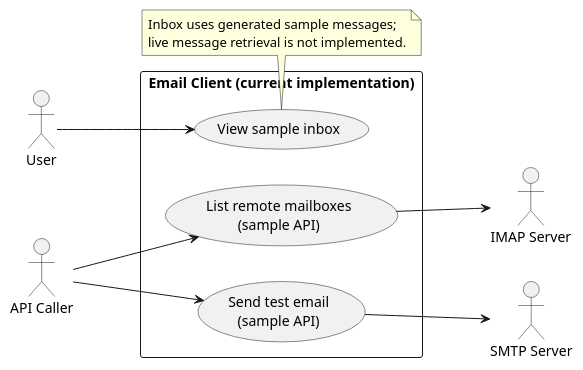
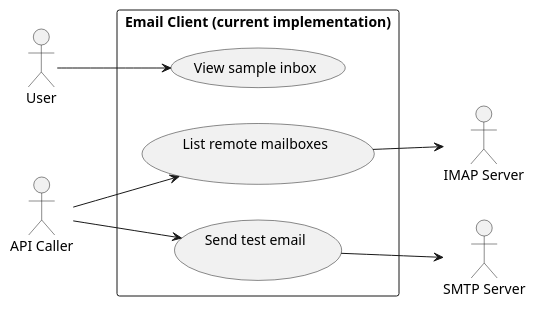
Before and after one commit to nathanalger/cs3141-team-software-project: the diagram in docs/uml/email-use-case.puml, drawn with PlantUML. The commit also changed 2 other files, not shown here.

Commit message:
change diagrams

```diff
--- a/docs/uml/email-use-case.puml
+++ b/docs/uml/email-use-case.puml
@@ -1,25 +1,21 @@
 @startuml
 left to right direction
 
 actor User
 actor "API Caller" as Caller
 actor "IMAP Server" as IMAP
 actor "SMTP Server" as SMTP
 
 rectangle "Email Client (current implementation)" {
   usecase "View sample inbox" as ViewInbox
-  usecase "List remote mailboxes\n(sample API)" as ListMailboxes
-  usecase "Send test email\n(sample API)" as SendEmail
+  usecase "List remote mailboxes\n" as ListMailboxes
+  usecase "Send test email\n" as SendEmail
 }
 
 User --> ViewInbox
 Caller --> ListMailboxes
 Caller --> SendEmail
 ListMailboxes --> IMAP
 SendEmail --> SMTP
 
-note bottom of ViewInbox
-  Inbox uses generated sample messages;
-  live message retrieval is not implemented.
-end note
 @enduml
```
